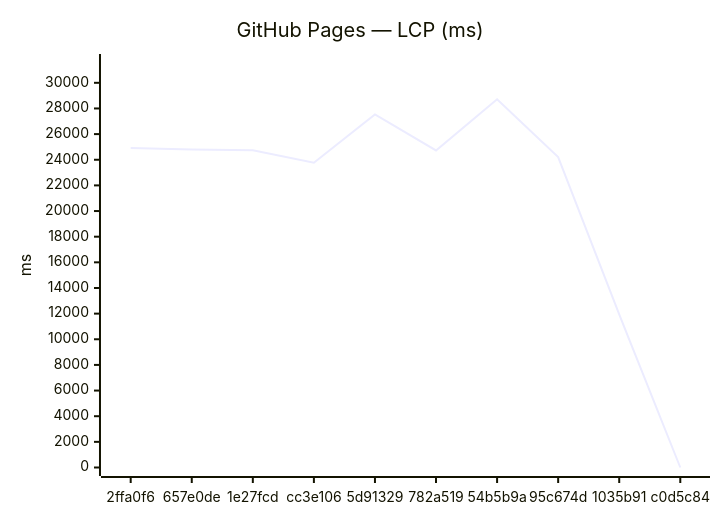
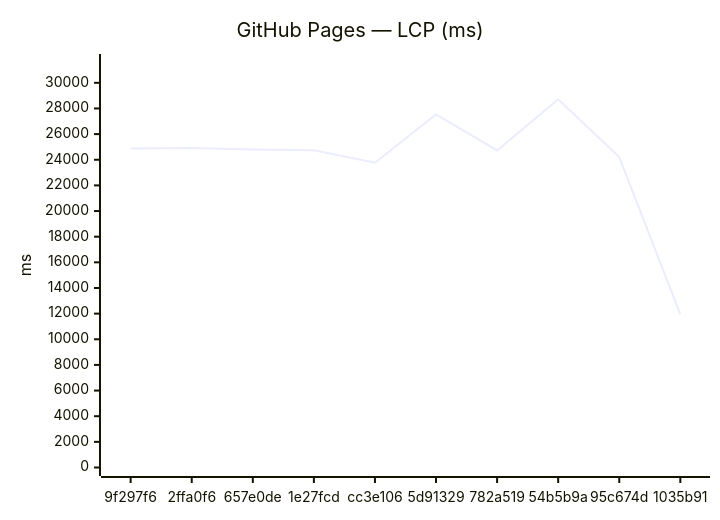
One commit to Metaheurist/Rianell changed the third of 18 diagrams in benchmarks/compare.md. Above: the diagram before and after it, drawn with Mermaid. The commit also changed other lines of this file and 11 other files, not shown here.

````diff
--- a/benchmarks/compare.md
+++ b/benchmarks/compare.md
@@ -54,7 +54,7 @@
 ```mermaid
 xychart-beta
     title "GitHub Pages — LCP (ms)"
-    x-axis ["2ffa0f6", "657e0de", "1e27fcd", "cc3e106", "5d91329", "782a519", "54b5b9a", "95c674d", "1035b91", "c0d5c84"]
+    x-axis ["9f297f6", "2ffa0f6", "657e0de", "1e27fcd", "cc3e106", "5d91329", "782a519", "54b5b9a", "95c674d", "1035b91"]
     y-axis "ms" 0 --> 31584
-    line [24910, 24797, 24744, 23765, 27536, 24725, 28712, 24213, 11936, 0]
+    line [24873, 24910, 24797, 24744, 23765, 27536, 24725, 28712, 24213, 11936]
 ```
````
